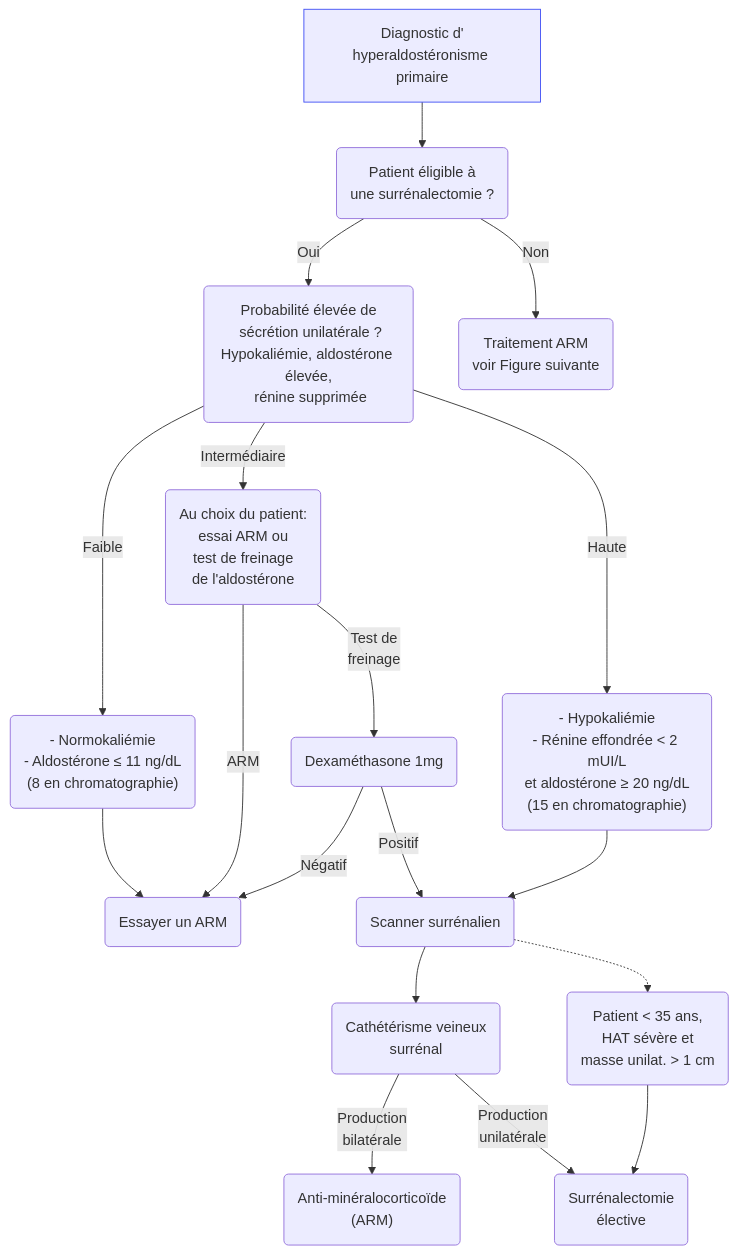
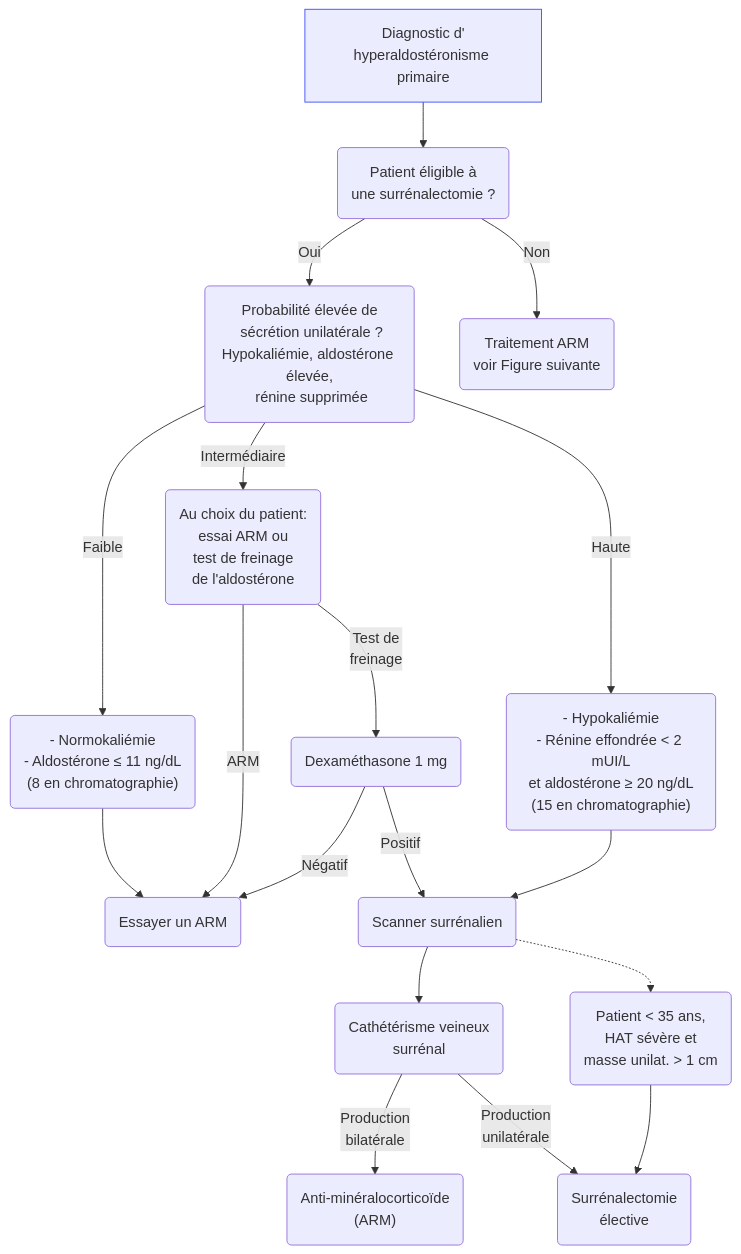
One commit to djibe/recommandations-medicales changed the second of 3 diagrams in content/recommandations/hyperaldosteronisme-primaire.md. Above: the diagram before and after it, drawn with Mermaid. The commit also changed 4 other files, not shown here.

```diff
--- a/content/recommandations/hyperaldosteronisme-primaire.md
+++ b/content/recommandations/hyperaldosteronisme-primaire.md
@@ -238,12 +238,12 @@
 {{< mermaid title="Bilan complémentaire ou traitement d'emblée au diagnostic d'hyperaldostéronisme primaire. Dr JB Fron d'après ES 2025">}}
 graph TB
   diagnostic["Diagnostic d'<br>hyperaldostéronisme primaire"] --> éligible("Patient éligible à<br>une surrénalectomie ?") -- Oui --> probabilité("Probabilité élevée de<br> sécrétion unilatérale ?<br>Hypokaliémie, aldostérone élevée,<br> rénine supprimée") -- Faible --> faible("- Normokaliémie<br>- Aldostérone ≤ 11 ng/dL<br>(8 en chromatographie)") --> essai(Essayer un ARM)
     probabilité -- Intermédiaire --> intermédiaire("Au choix du patient:<br>essai ARM ou<br>test de freinage<br>de l'aldostérone") -- "ARM" --> essai
-      intermédiaire -- "Test de<br>freinage" --> freinage("Dexaméthasone 1mg") -- Négatif --> essai
+      intermédiaire -- "Test de<br>freinage" --> freinage("Dexaméthasone 1 mg") -- Négatif --> essai
         freinage -- Positif --> scanner(Scanner surrénalien)
-    probabilité -- Haute --> haute("- Hypokaliémie<br>- Rénine effondrée < 2 mUI/L<br>et aldostérone ≥ 20 ng/dL<br>(15 en chromatographie)") --> scanner --> cathétérisme("Cathétérisme veineux<br>surrénal") -- "Production<br>bilatérale" --> ARM("Anti-minéralocorticoïde<br>(ARM)")
+    probabilité -- Haute --> haute("- Hypokaliémie<br>- Rénine effondrée &lt; 2 mUI/L<br>et aldostérone ≥ 20 ng/dL<br>(15 en chromatographie)") --> scanner --> cathétérisme("Cathétérisme veineux<br>surrénal") -- "Production<br>bilatérale" --> ARM("Anti-minéralocorticoïde<br>(ARM)")
        scanner -.-> jeune("Patient &lt; 35 ans,<br>HAT sévère et<br>masse unilat. &gt; 1 cm") --> chirurgie
       cathétérisme -- "Production<br>unilatérale" --> chirurgie("Surrénalectomie<br>élective")
   éligible -- Non --> traitement("Traitement ARM<br>voir Figure suivante")
   style diagnostic stroke:#4150f5, stroke-width:1px
 {{< /mermaid >}}
```
